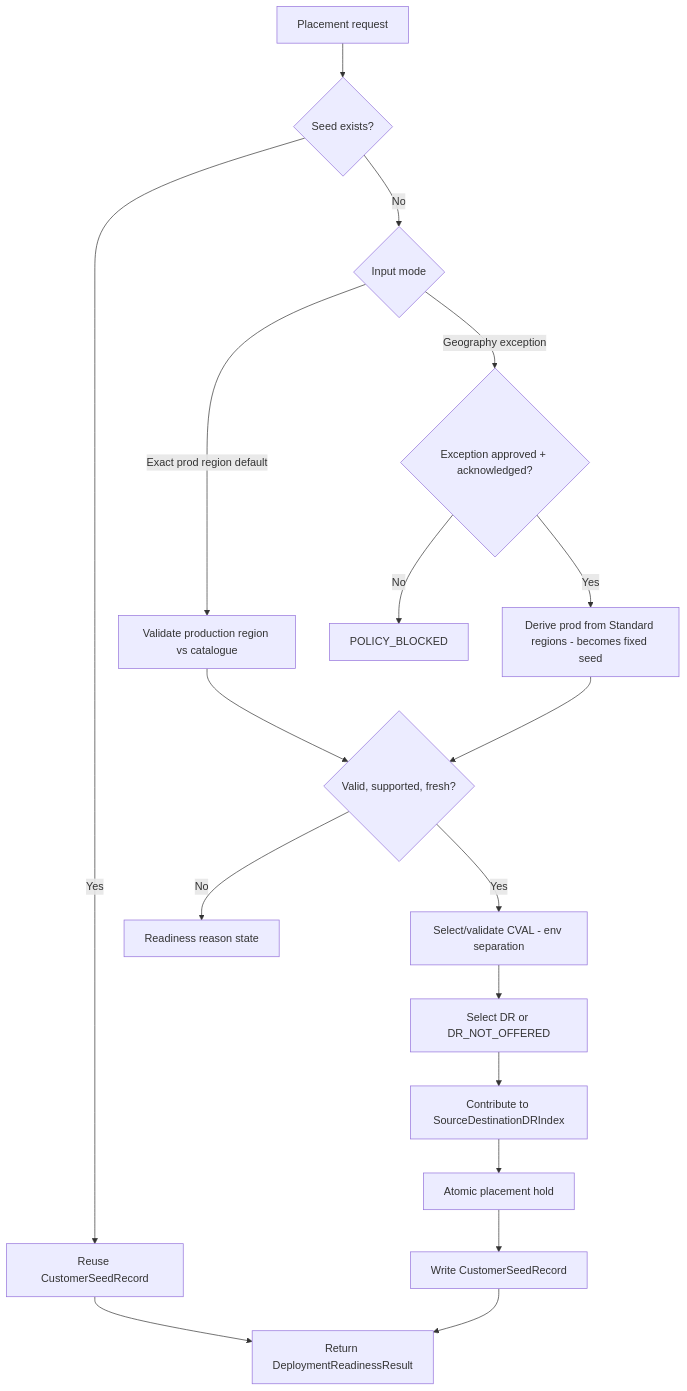
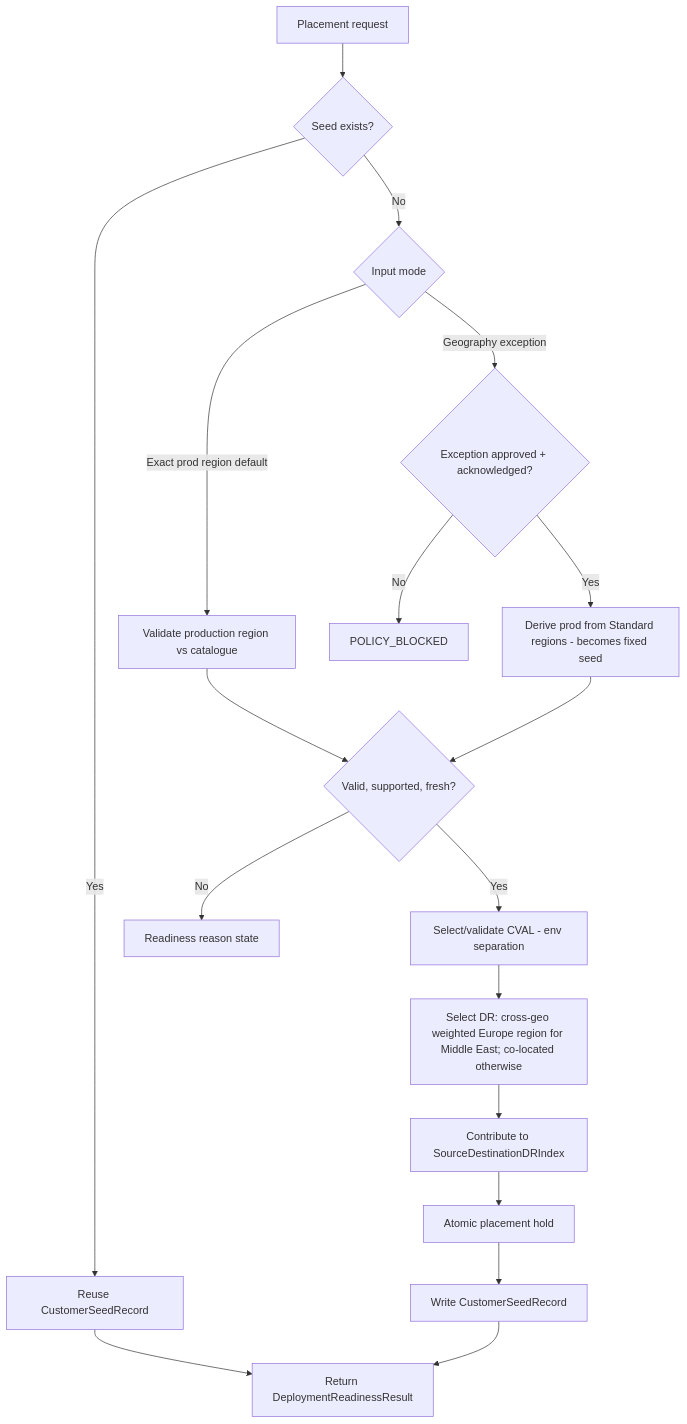
The diagram in Architecture/diagrams/fdd/F4.mmd (vishnu4573/acrme-capacity-reservation), drawn with Mermaid before and after one commit. The commit also changed 50 other files, not shown here.

First line of the commit message:
docs: Middle East cross-geo DR to Europe (v2.4 amended)

```diff
--- a/Architecture/diagrams/fdd/F4.mmd
+++ b/Architecture/diagrams/fdd/F4.mmd
@@ -1,18 +1,18 @@
 flowchart TD
     Start[Placement request] --> Seed{Seed exists?}
     Seed -- Yes --> Reuse[Reuse CustomerSeedRecord]
     Seed -- No --> Mode{Input mode}
     Mode -- Exact prod region default --> ValP[Validate production region vs catalogue]
     Mode -- Geography exception --> Appr{Exception approved + acknowledged?}
     Appr -- No --> PB[POLICY_BLOCKED]
     Appr -- Yes --> DerP[Derive prod from Standard regions - becomes fixed seed]
     ValP --> Ok{Valid, supported, fresh?}
     DerP --> Ok
     Ok -- No --> Reason[Readiness reason state]
     Ok -- Yes --> CVAL[Select/validate CVAL - env separation]
-    CVAL --> DR[Select DR or DR_NOT_OFFERED]
+    CVAL --> DR[Select DR: cross-geo weighted Europe region for Middle East; co-located otherwise]
     DR --> Idx[Contribute to SourceDestinationDRIndex]
     Idx --> Hold[Atomic placement hold]
     Hold --> Write[Write CustomerSeedRecord]
     Reuse --> Out[Return DeploymentReadinessResult]
     Write --> Out
```
